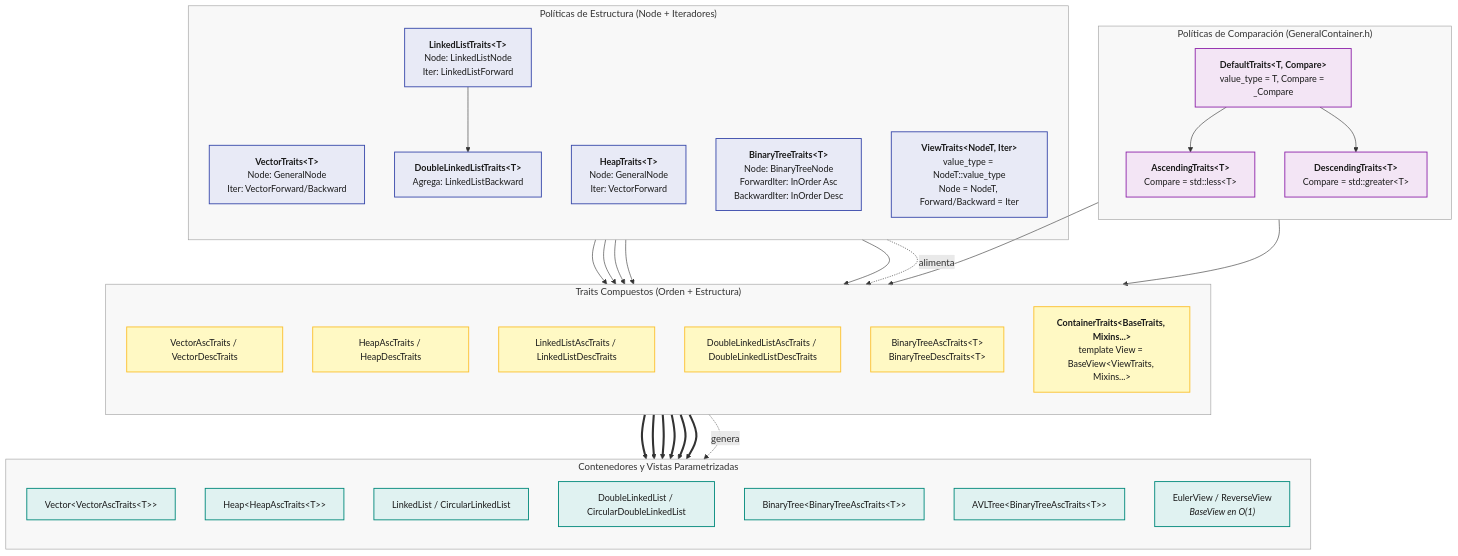
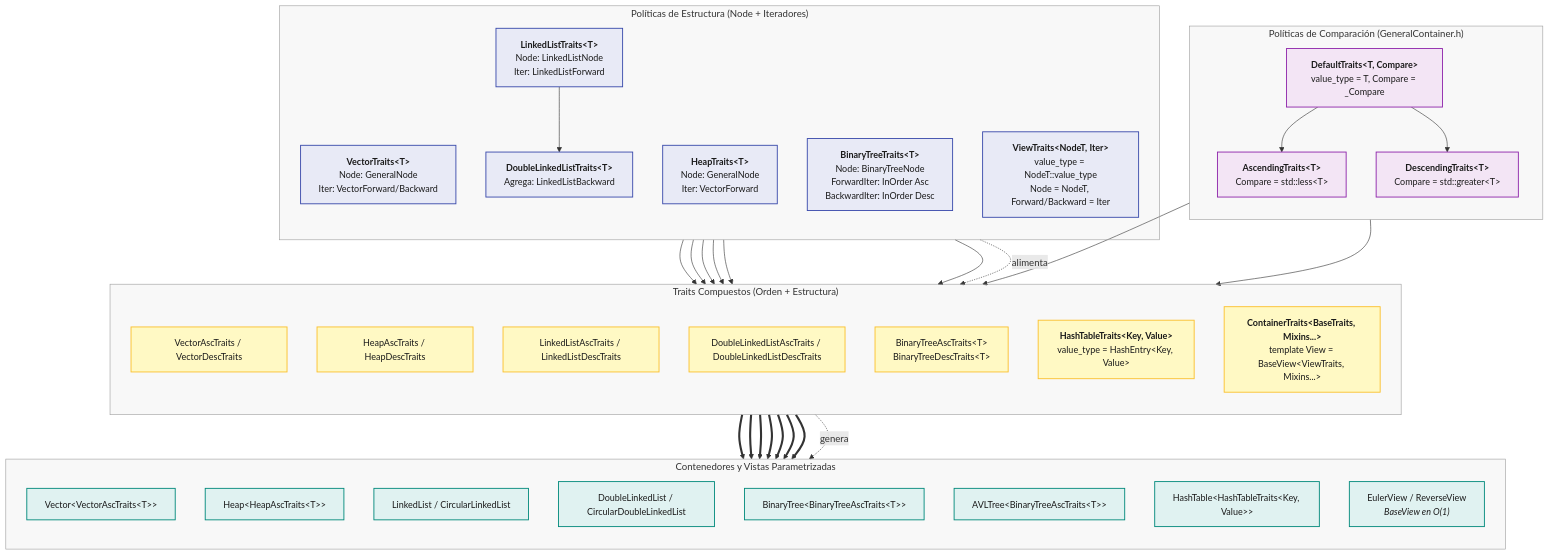
Before and after one commit to AldoLunaBueno/2026-II-CS-UNI-CC0E5-AEDAv: the fourth of 9 diagrams in README.md, drawn with Mermaid. The commit also changed other lines of this file and 3 other files, not shown here.

Commit message:
implementar HashTable (interfaz asociativa sin función hash), actualizar BinaryTree para hacer búsquedas (find) y hacer demo

````diff
--- a/README.md
+++ b/README.md
@@ -239,76 +249,80 @@
 ```mermaid
 flowchart TB
     subgraph ORDEN["Políticas de Comparación (GeneralContainer.h)"]
         direction TB
         DT["<b>DefaultTraits#lt;T, Compare#gt;</b><br/>value_type = T, Compare = _Compare"]
         ASC["<b>AscendingTraits#lt;T#gt;</b><br/>Compare = std::less#lt;T#gt;"]
         DESC["<b>DescendingTraits#lt;T#gt;</b><br/>Compare = std::greater#lt;T#gt;"]
         DT --> ASC
         DT --> DESC
     end
 
     subgraph STRUCT["Políticas de Estructura (Node + Iteradores)"]
         direction TB
         VT["<b>VectorTraits#lt;T#gt;</b><br/>Node: GeneralNode<br/>Iter: VectorForward/Backward"]
         HT["<b>HeapTraits#lt;T#gt;</b><br/>Node: GeneralNode<br/>Iter: VectorForward"]
         LLT["<b>LinkedListTraits#lt;T#gt;</b><br/>Node: LinkedListNode<br/>Iter: LinkedListForward"]
         DLLT["<b>DoubleLinkedListTraits#lt;T#gt;</b><br/>Agrega: LinkedListBackward"]
         BTT["<b>BinaryTreeTraits#lt;T#gt;</b><br/>Node: BinaryTreeNode<br/>ForwardIter: InOrder Asc<br/>BackwardIter: InOrder Desc"]
         VWT["<b>ViewTraits#lt;NodeT, Iter#gt;</b><br/>value_type = NodeT::value_type<br/>Node = NodeT, Forward/Backward = Iter"]
 
         LLT --> DLLT
     end
 
     subgraph COMBINED["Traits Compuestos (Orden + Estructura)"]
         direction TB
         V_TR["VectorAscTraits / VectorDescTraits"]
         H_TR["HeapAscTraits / HeapDescTraits"]
         LL_TR["LinkedListAscTraits / LinkedListDescTraits"]
         DLL_TR["DoubleLinkedListAscTraits / DoubleLinkedListDescTraits"]
         BT_TR["BinaryTreeAscTraits#lt;T#gt;<br/>BinaryTreeDescTraits#lt;T#gt;"]
+        HT_TR["<b>HashTableTraits#lt;Key, Value#gt;</b><br/>value_type = HashEntry#lt;Key, Value#gt;"]
         CTR["<b>ContainerTraits#lt;BaseTraits, Mixins...#gt;</b><br/>template View = BaseView#lt;ViewTraits, Mixins...#gt;"]
     end
 
     subgraph USERS["Contenedores y Vistas Parametrizadas"]
         direction TB
         U_V["Vector#lt;VectorAscTraits#lt;T#gt;#gt;"]
         U_H["Heap#lt;HeapAscTraits#lt;T#gt;#gt;"]
         U_LL["LinkedList / CircularLinkedList"]
         U_DLL["DoubleLinkedList / CircularDoubleLinkedList"]
         U_BT["BinaryTree#lt;BinaryTreeAscTraits#lt;T#gt;#gt;"]
         U_AVL["AVLTree#lt;BinaryTreeAscTraits#lt;T#gt;#gt;"]
+        U_HT["HashTable#lt;HashTableTraits#lt;Key, Value#gt;#gt;"]
         U_VIEW["EulerView / ReverseView<br/><i>BaseView en O(1)</i>"]
     end
 
     ASC --> COMBINED
     DESC --> COMBINED
     VT --> V_TR
     HT --> H_TR
     LLT --> LL_TR
     DLLT --> DLL_TR
     BTT --> BT_TR
+    BTT --> HT_TR
 
     V_TR ==> U_V
     H_TR ==> U_H
     LL_TR ==> U_LL
     DLL_TR ==> U_DLL
     BT_TR ==> U_BT
     BT_TR ==> U_AVL
+    HT_TR ==> U_HT
     CTR -. "genera" .-> U_VIEW
     VWT -. "alimenta" .-> CTR
 
     classDef orden fill:#F3E5F5,stroke:#8E24AA,color:#1A1A1A,stroke-width:1.5px,font-size:15px;
     classDef struct fill:#E8EAF6,stroke:#3949AB,color:#1A1A1A,stroke-width:1.5px,font-size:15px;
     classDef comb fill:#FFF9C4,stroke:#FBC02D,color:#1A1A1A,stroke-width:1.5px,font-size:15px;
     classDef user fill:#E0F2F1,stroke:#00897B,color:#1A1A1A,stroke-width:1.5px,font-size:15px;
 
     class DT,ASC,DESC orden
     class VT,HT,LLT,DLLT,BTT,VWT struct
-    class V_TR,H_TR,LL_TR,DLL_TR,BT_TR,CTR comb
-    class U_V,U_H,U_LL,U_DLL,U_BT,U_AVL,U_VIEW user
+    class V_TR,H_TR,LL_TR,DLL_TR,BT_TR,HT_TR,CTR comb
+    class U_V,U_H,U_LL,U_DLL,U_BT,U_AVL,U_HT,U_VIEW user
 
     style ORDEN fill:#8080800F,stroke:#9E9E9E,stroke-width:1px
     style STRUCT fill:#8080800F,stroke:#9E9E9E,stroke-width:1px
     style COMBINED fill:#8080800F,stroke:#9E9E9E,stroke-width:1px
     style USERS fill:#8080800F,stroke:#9E9E9E,stroke-width:1px
 ```
````
